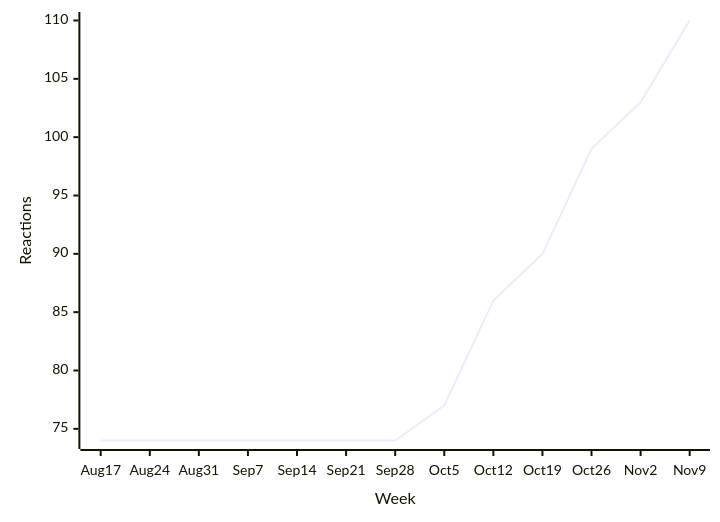
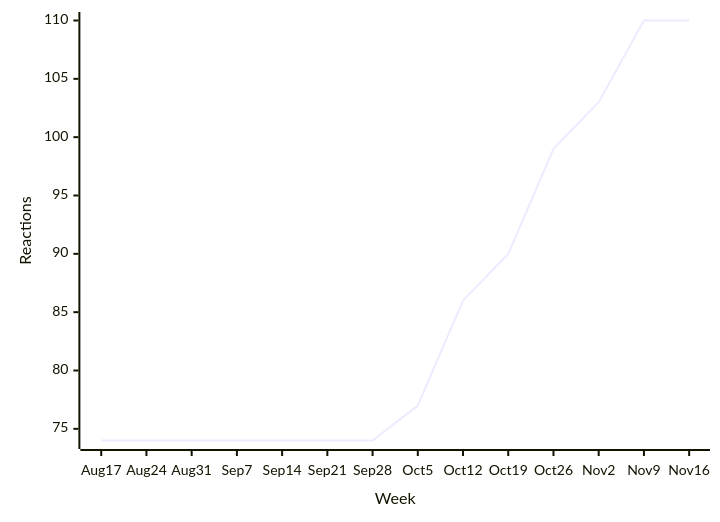
Before and after one commit to loic-sharma/github-insights: the first of 38 diagrams in README.md, drawn with Mermaid. The commit also changed other lines of this file and 3 other files, not shown here.

````diff
--- a/README.md
+++ b/README.md
@@ -324,6 +324,6 @@
   ```mermaid
   xychart-beta
-    x-axis "Week" [Aug 17, Aug 24, Aug 31, Sep 7, Sep 14, Sep 21, Sep 28, Oct 5, Oct 12, Oct 19, Oct 26, Nov 2, Nov 9]
+    x-axis "Week" [Aug 17, Aug 24, Aug 31, Sep 7, Sep 14, Sep 21, Sep 28, Oct 5, Oct 12, Oct 19, Oct 26, Nov 2, Nov 9, Nov 16]
     y-axis "Reactions"
-    line [74, 74, 74, 74, 74, 74, 74, 77, 86, 90, 99, 103, 110]
+    line [74, 74, 74, 74, 74, 74, 74, 77, 86, 90, 99, 103, 110, 110]
   ```
````
